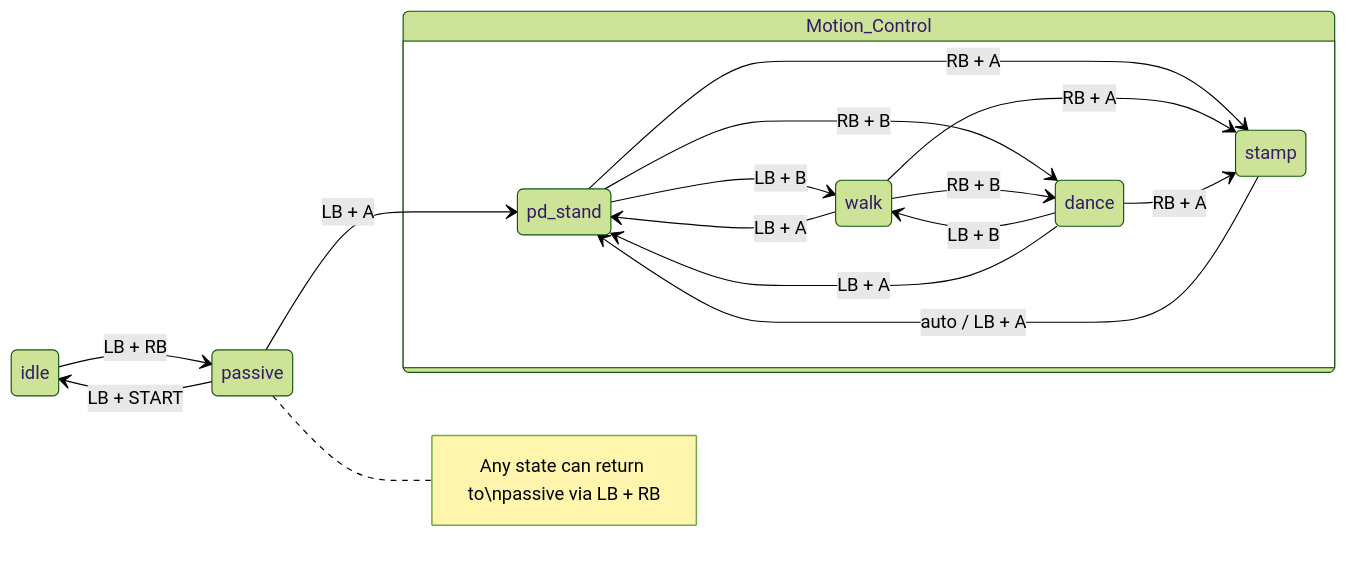
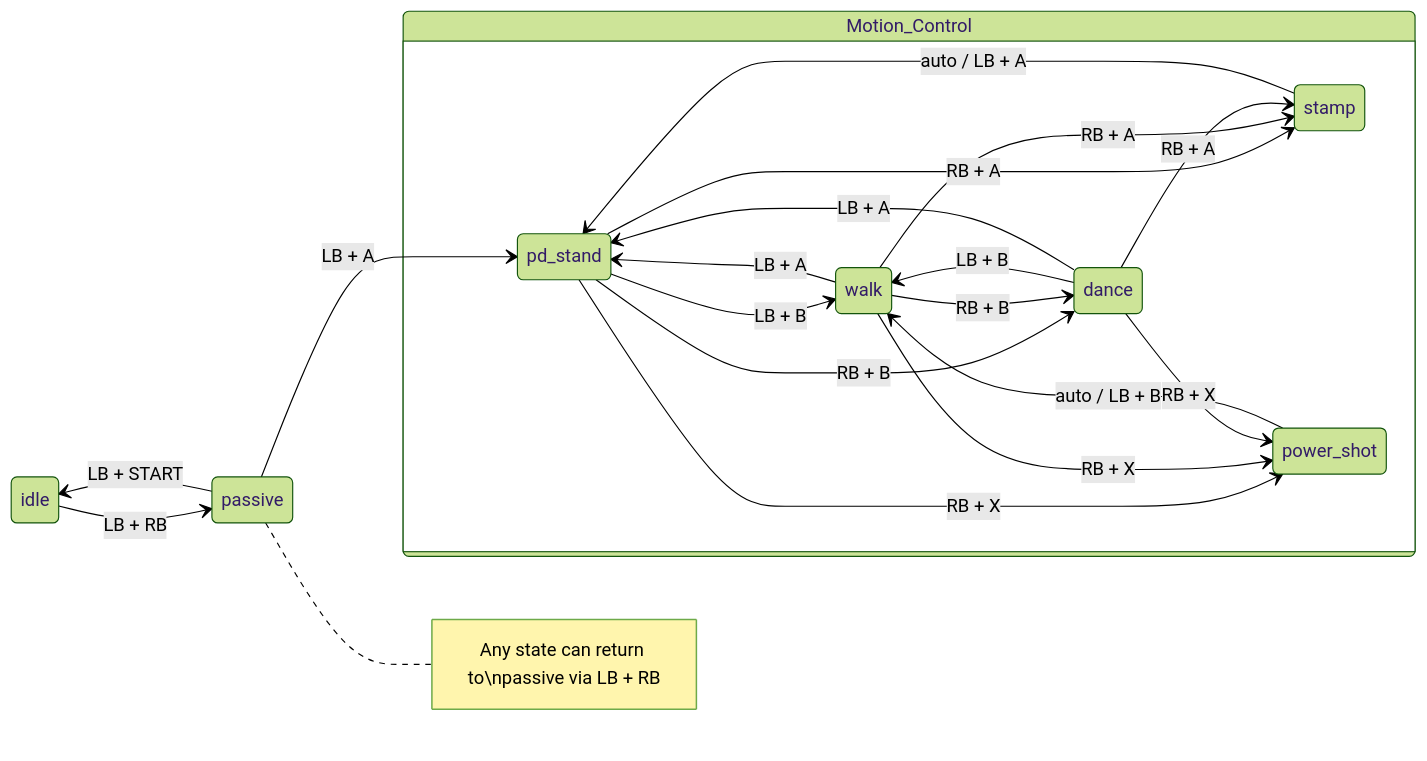
One commit to Max-Liu/engineai_robotics_native_sdk changed the diagram in README.md. Above: the diagram before and after it, drawn with Mermaid (forest theme). The commit also changed other lines of this file and 9 other files, not shown here.

````diff
--- a/README.md
+++ b/README.md
@@ -213,26 +217,30 @@
 ```mermaid
 stateDiagram-v2
     direction LR
 
     idle --> passive : LB + RB
     passive --> idle : LB + START
 
     passive --> pd_stand : LB + A
 
     state Motion_Control {
         direction LR
         pd_stand --> walk : LB + B
         pd_stand --> dance : RB + B
         pd_stand --> stamp : RB + A
+        pd_stand --> power_shot : RB + X
         walk --> pd_stand : LB + A
         dance --> walk : LB + B
         dance --> pd_stand : LB + A
         walk --> dance : RB + B
         walk --> stamp : RB + A
+        walk --> power_shot : RB + X
         dance --> stamp : RB + A
+        dance --> power_shot : RB + X
         stamp --> pd_stand : auto / LB + A
+        power_shot --> walk : auto / LB + B
         
     }
 
     note right of passive : Any state can return to\npassive via LB + RB
 ```
````
